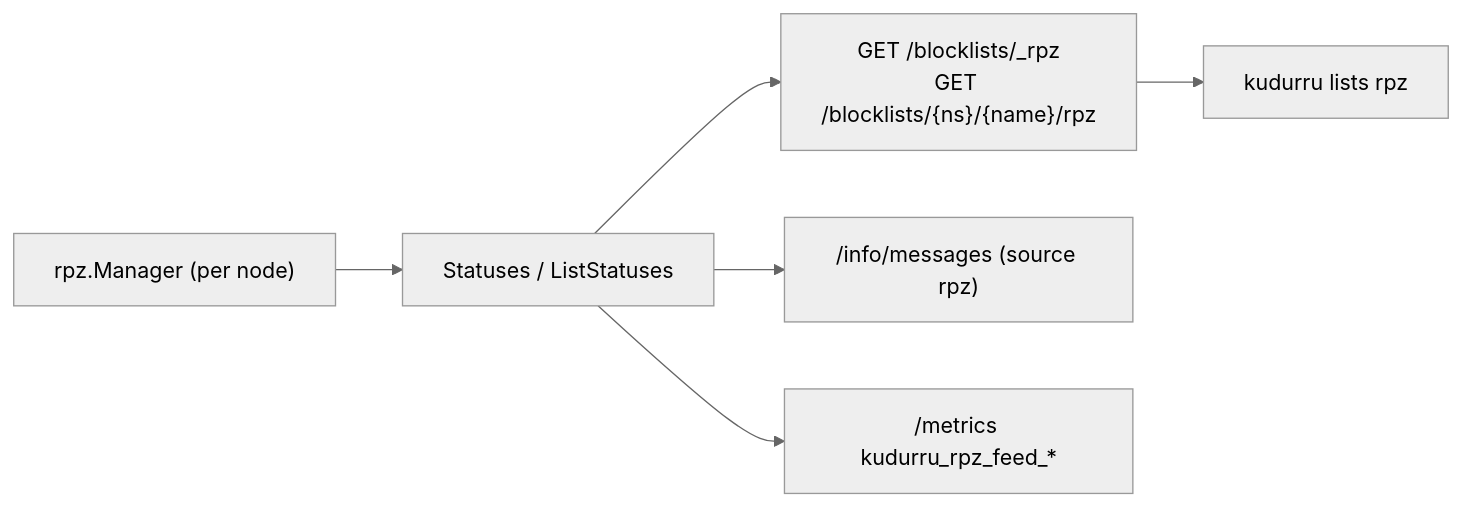
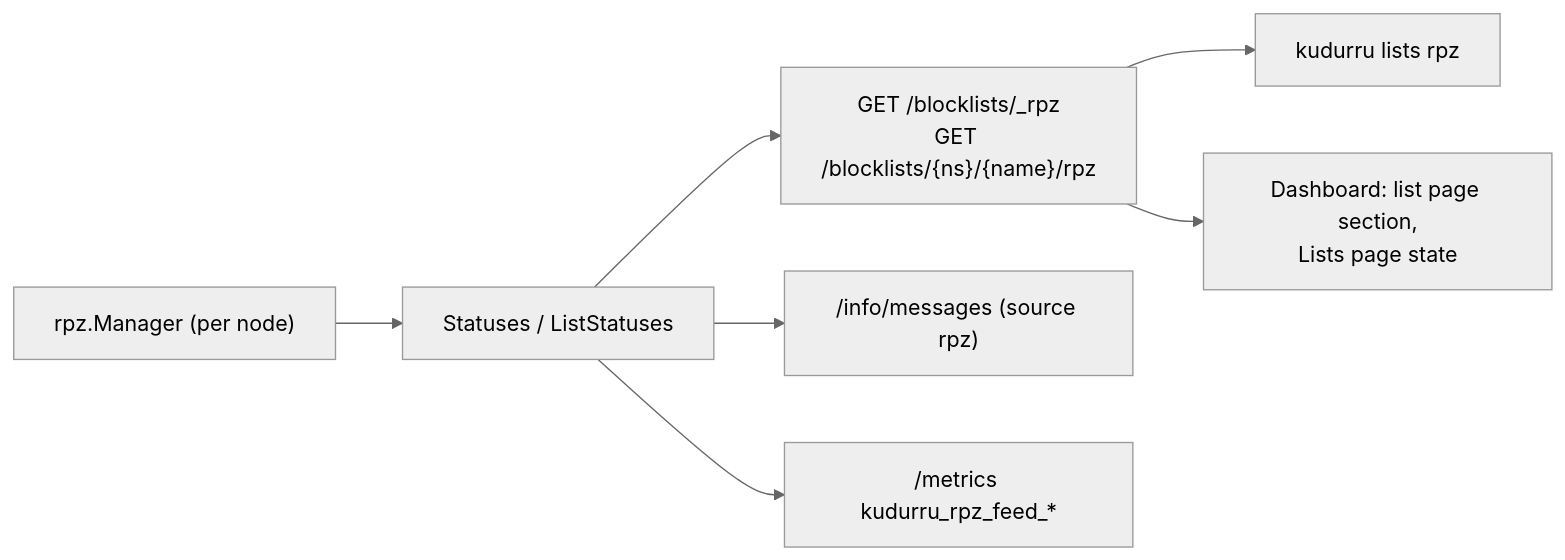
Before and after one commit to robertherbaugh/kudurru: the tenth of 10 diagrams in docs/architecture/block-lists.md, drawn with Mermaid (neutral theme). The commit also changed other lines of this file and 1 other file, not shown here.

First line of the commit message:
docs(rpz): describe the dashboard's RPZ feed views

````diff
--- a/docs/architecture/block-lists.md
+++ b/docs/architecture/block-lists.md
@@ -442,8 +446,9 @@
 ```mermaid
 flowchart LR
     M["rpz.Manager (per node)"] --> S["Statuses / ListStatuses"]
     S --> API["GET /blocklists/_rpz<br/>GET /blocklists/{ns}/{name}/rpz"]
     S --> Msg["/info/messages (source rpz)"]
     S --> Met["/metrics kudurru_rpz_feed_*"]
     API --> CLI["kudurru lists rpz"]
+    API --> UI["Dashboard: list page section,<br/>Lists page state"]
 ```
````
